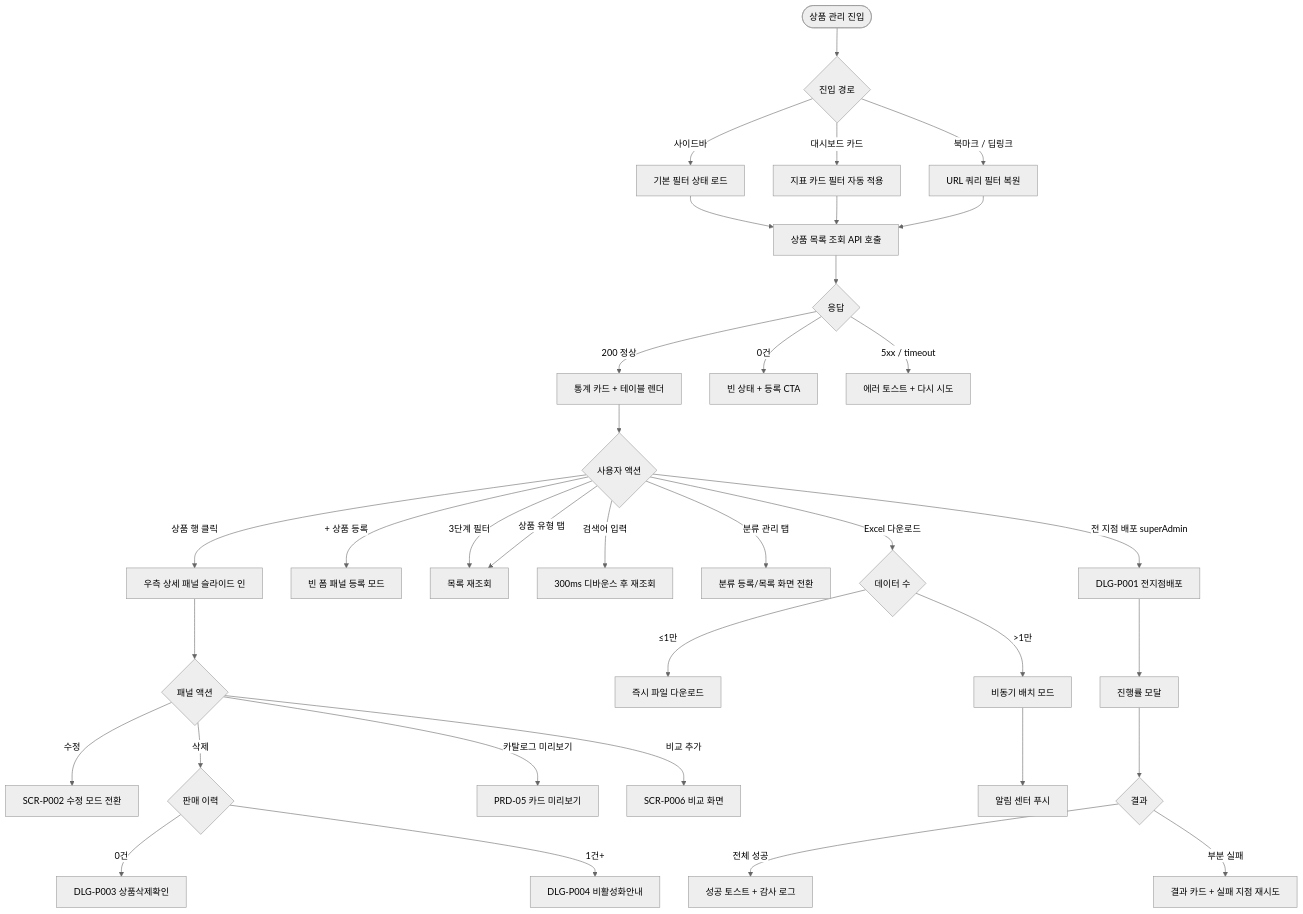
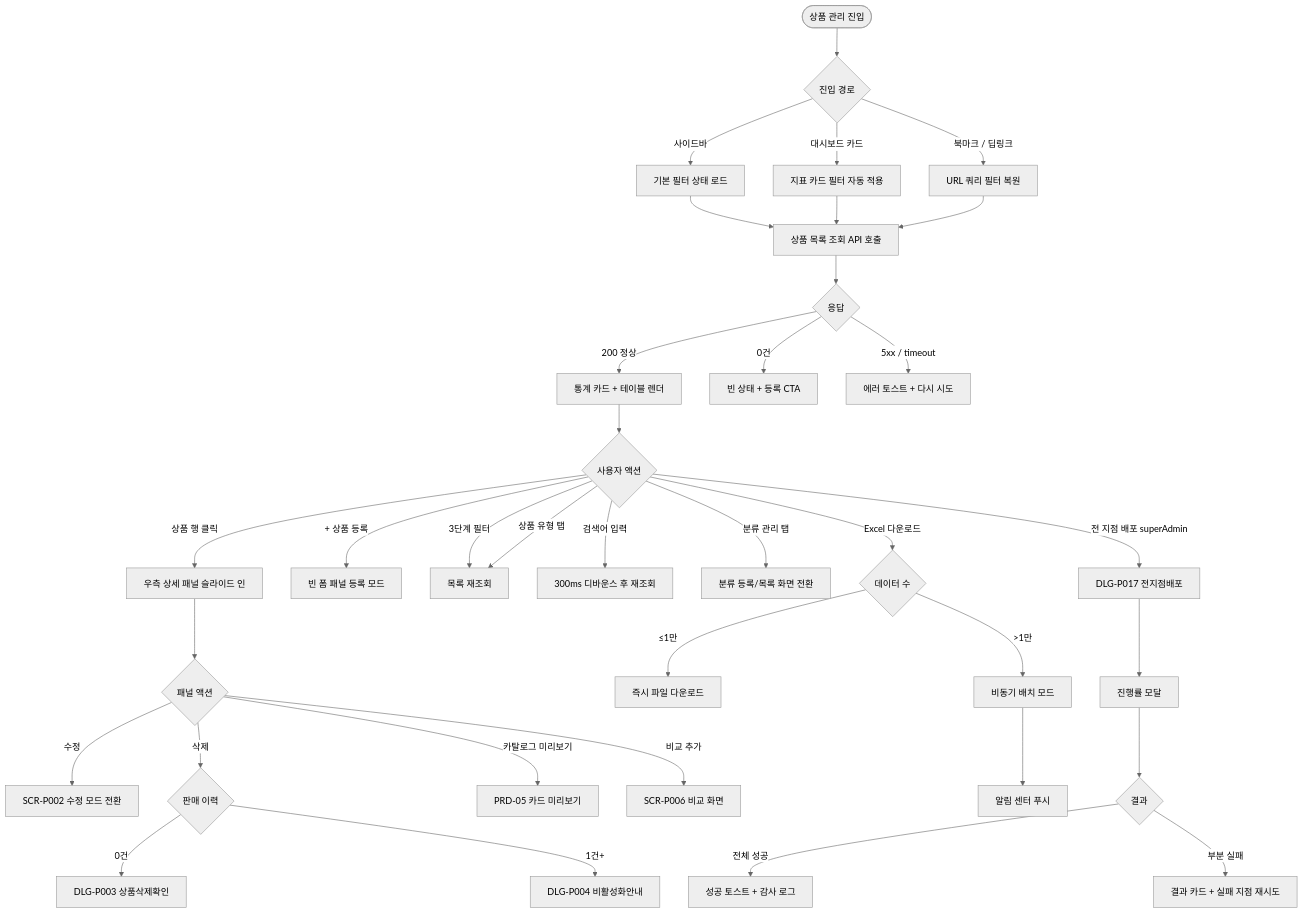
The first of 2 diagrams in docs-domain/D05 상품관리/SCR-P001 상품관리 페이지/README.md (dev-spogym/admin-pando), drawn with Mermaid (neutral theme) before and after one commit. The commit also changed other lines of this file and 15 other files, not shown here.

````diff
--- a/docs-domain/D05 상품관리/SCR-P001 상품관리 페이지/README.md
+++ b/docs-domain/D05 상품관리/SCR-P001 상품관리 페이지/README.md
@@ -208,37 +208,37 @@
 ```mermaid
 flowchart TD
     A([상품 관리 진입]) --> B{진입 경로}
     B -->|사이드바| C[기본 필터 상태 로드]
     B -->|대시보드 카드| D[지표 카드 필터 자동 적용]
     B -->|북마크 / 딥링크| E[URL 쿼리 필터 복원]
     C --> F[상품 목록 조회 API 호출]
     D --> F
     E --> F
     F --> G{응답}
     G -->|200 정상| H[통계 카드 + 테이블 렌더]
     G -->|0건| I[빈 상태 + 등록 CTA]
     G -->|5xx / timeout| J[에러 토스트 + 다시 시도]
     H --> K{사용자 액션}
     K -->|상품 행 클릭| L[우측 상세 패널 슬라이드 인]
     K -->|+ 상품 등록| M[빈 폼 패널 등록 모드]
     K -->|3단계 필터| N[목록 재조회]
     K -->|상품 유형 탭| N
     K -->|검색어 입력| O[300ms 디바운스 후 재조회]
     K -->|분류 관리 탭| P[분류 등록/목록 화면 전환]
     K -->|Excel 다운로드| Q{데이터 수}
     Q -->|≤1만| R[즉시 파일 다운로드]
     Q -->|>1만| S[비동기 배치 모드]
     S --> T[알림 센터 푸시]
-    K -->|전 지점 배포 superAdmin| U[DLG-P001 전지점배포]
+    K -->|전 지점 배포 superAdmin| U[DLG-P017 전지점배포]
     U --> V[진행률 모달]
     V --> W{결과}
     W -->|전체 성공| X[성공 토스트 + 감사 로그]
     W -->|부분 실패| Y[결과 카드 + 실패 지점 재시도]
     L --> Z{패널 액션}
     Z -->|수정| AA[SCR-P002 수정 모드 전환]
     Z -->|삭제| AB{판매 이력}
     AB -->|0건| AC[DLG-P003 상품삭제확인]
     AB -->|1건+| AD[DLG-P004 비활성화안내]
     Z -->|카탈로그 미리보기| AE[PRD-05 카드 미리보기]
     Z -->|비교 추가| AF[SCR-P006 비교 화면]
 ```
````
